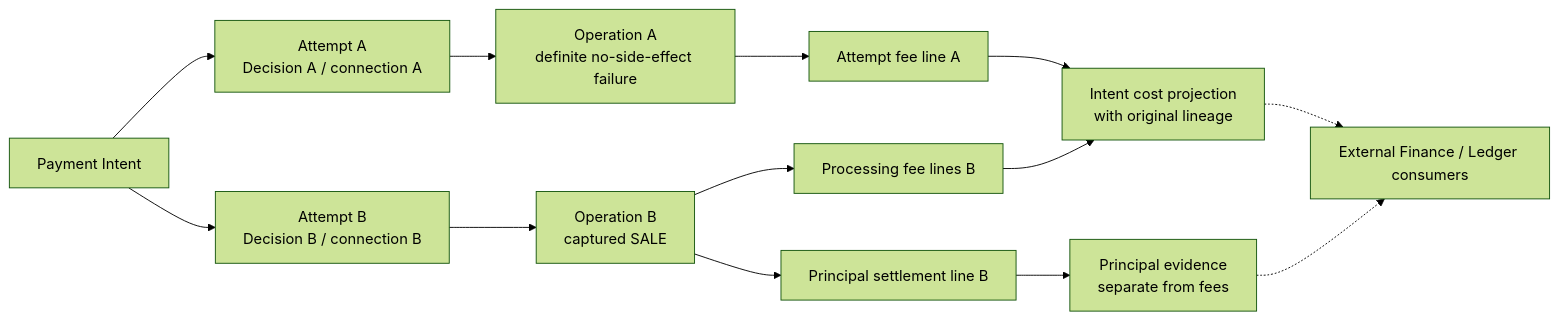
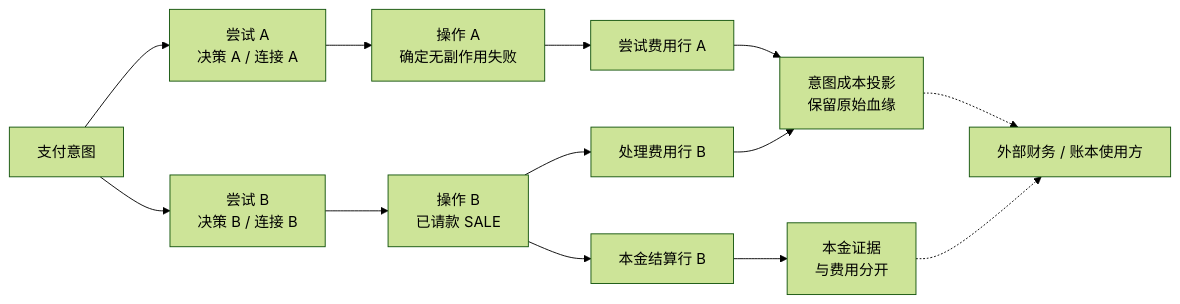
One commit to YouEclipse/Designing-Modern-Payment-Systems changed the second of 3 diagrams in part-4-operating-at-scale/settlement.md. Above: the diagram before and after it, drawn with Mermaid (forest theme). The commit also changed other lines of this file and 59 other files, not shown here.

````diff
--- a/part-4-operating-at-scale/settlement.md
+++ b/part-4-operating-at-scale/settlement.md
@@ -73,15 +73,15 @@
 ```mermaid
 flowchart LR
-    I["Payment Intent"] --> A["Attempt A<br/>Decision A / connection A"]
-    I --> B["Attempt B<br/>Decision B / connection B"]
-    A --> OA["Operation A<br/>definite no-side-effect failure"]
-    B --> OB["Operation B<br/>captured SALE"]
-    OA --> FA["Attempt fee line A"]
-    OB --> PB["Principal settlement line B"]
-    OB --> FB["Processing fee lines B"]
-    FA --> Cost["Intent cost projection<br/>with original lineage"]
+    I["支付意图"] --> A["尝试 A<br/>决策 A / 连接 A"]
+    I --> B["尝试 B<br/>决策 B / 连接 B"]
+    A --> OA["操作 A<br/>确定无副作用失败"]
+    B --> OB["操作 B<br/>已请款 SALE"]
+    OA --> FA["尝试费用行 A"]
+    OB --> PB["本金结算行 B"]
+    OB --> FB["处理费用行 B"]
+    FA --> Cost["意图成本投影<br/>保留原始血缘"]
     FB --> Cost
-    PB --> Principal["Principal evidence<br/>separate from fees"]
-    Cost -.-> Finance["External Finance / Ledger consumers"]
+    PB --> Principal["本金证据<br/>与费用分开"]
+    Cost -.-> Finance["外部财务 / 账本使用方"]
     Principal -.-> Finance
 ```
````
